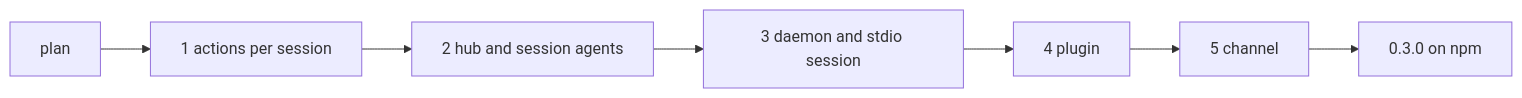
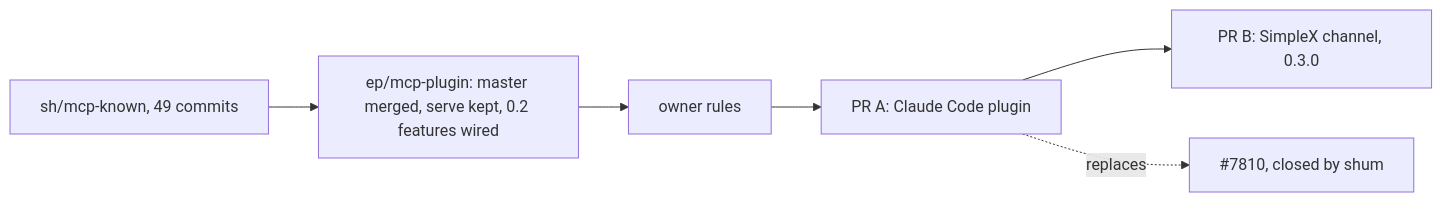
The fourth of 4 diagrams in plans/2026-11-07-mcp-claude-code-channel.md (simplex-chat/simplex-chat), drawn with Mermaid before and after one commit. The commit also changed other lines of this file, not shown here.

Commit message:
docs: MCP plan, adopting #7810 from its branch

````diff
--- a/plans/2026-11-07-mcp-claude-code-channel.md
+++ b/plans/2026-11-07-mcp-claude-code-channel.md
@@ -206,4 +208,8 @@
 ```mermaid
 flowchart LR
-  P0[plan] --> P1[1 actions per session] --> P2[2 hub and session agents] --> P3[3 daemon and stdio session] --> P4[4 plugin] --> P5[5 channel] --> R[0.3.0 on npm]
+  K[sh/mcp-known, 49 commits] --> M[ep/mcp-plugin: master merged, serve kept, 0.2 features wired]
+  M --> R[owner rules]
+  R --> A[PR A: Claude Code plugin]
+  A --> B[PR B: SimpleX channel, 0.3.0]
+  A -. replaces .-> X[#7810, closed by shum]
 ```
````
